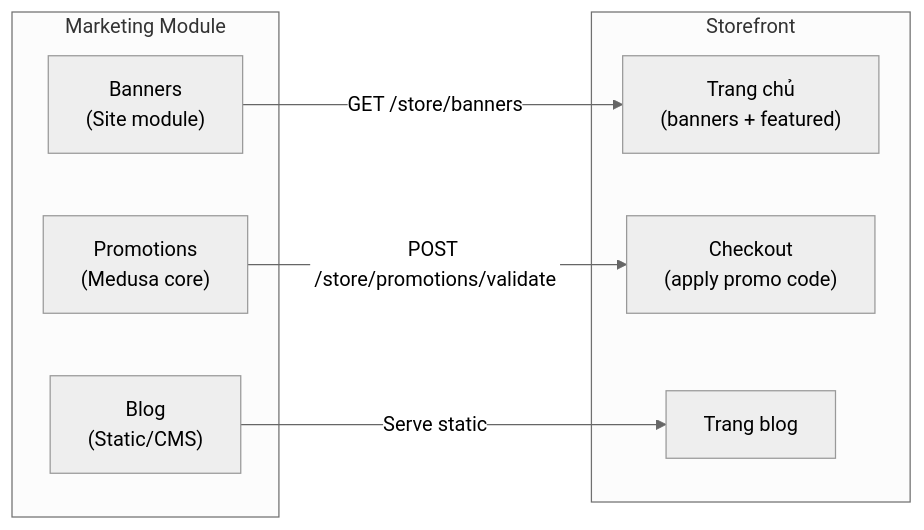
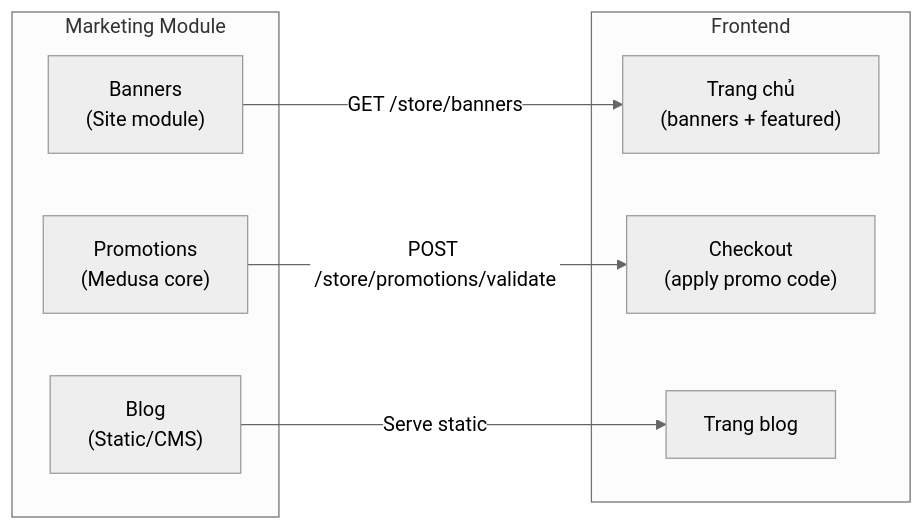
Before and after one commit to pathust/mong.fruitboxz: the first of 3 diagrams in docs/06-marketing/README.md, drawn with Mermaid (neutral theme). The commit also changed 234 other files, not shown here.

Commit message:
chore: remove review feature and rename storefront to frontend

````diff
--- a/docs/06-marketing/README.md
+++ b/docs/06-marketing/README.md
@@ -9,18 +9,18 @@
 ```mermaid
 graph LR
     subgraph Marketing Module
         PROMO["Promotions\n(Medusa core)"]
         BANNER["Banners\n(Site module)"]
         BLOG["Blog\n(Static/CMS)"]
     end
 
-    subgraph Storefront
+    subgraph Frontend
         HOME["Trang chủ\n(banners + featured)"]
         CART["Checkout\n(apply promo code)"]
         BLOG_PAGE["Trang blog"]
     end
 
     BANNER -->|GET /store/banners| HOME
     PROMO -->|POST /store/promotions/validate| CART
     BLOG -->|Serve static| BLOG_PAGE
 ```
````
